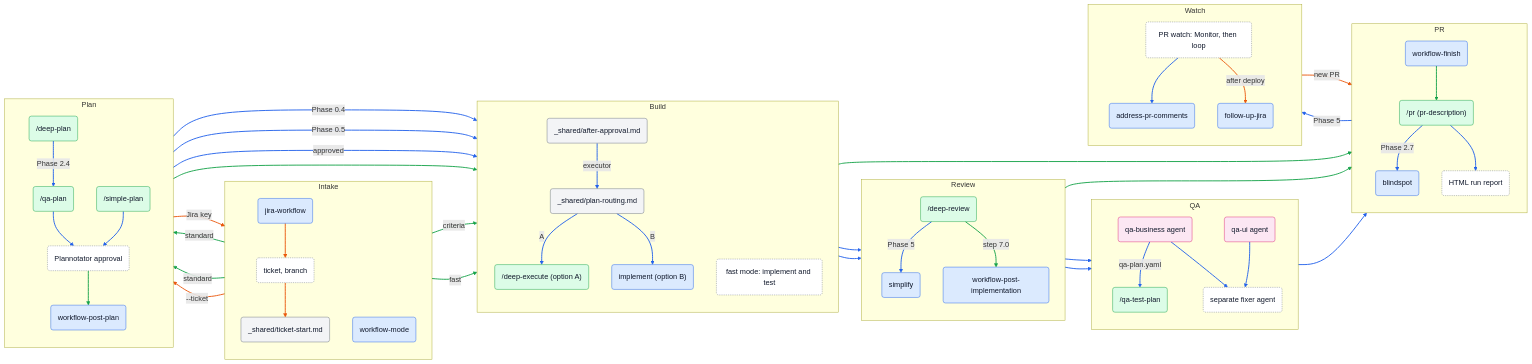
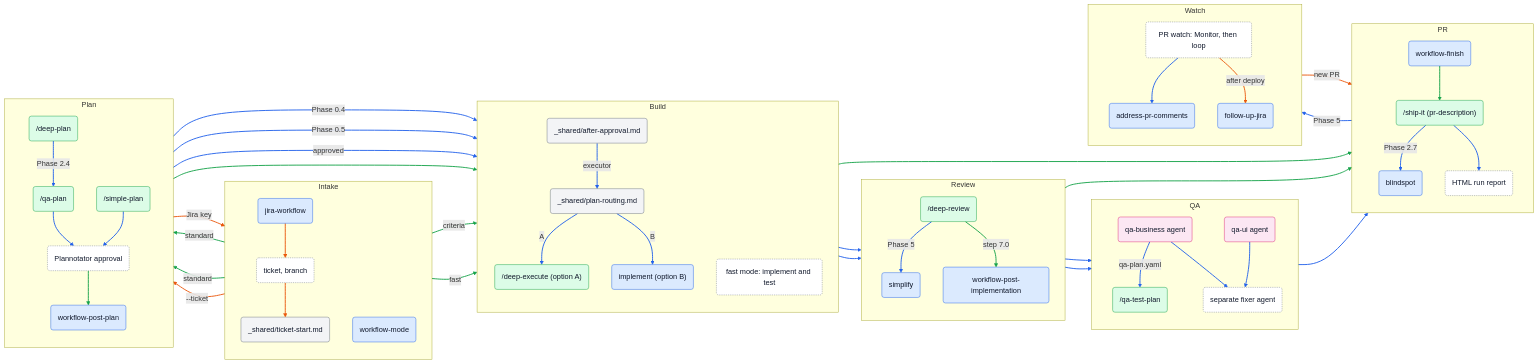
One commit to ybarsotti/dotfiles changed the first of 10 diagrams in docs/skills-map.md. Above: the diagram before and after it, drawn with Mermaid. The commit also changed other lines of this file and 32 other files, not shown here.

```diff
--- a/docs/skills-map.md
+++ b/docs/skills-map.md
@@ -61,7 +61,7 @@
   subgraph ph_pr["PR"]
     direction TB
     wf("workflow-finish"):::skill
-    pr("/pr (pr-description)"):::command
+    pr("/ship-it (pr-description)"):::command
     bs("blindspot"):::skill
     rep("HTML run report"):::step
   end
```
